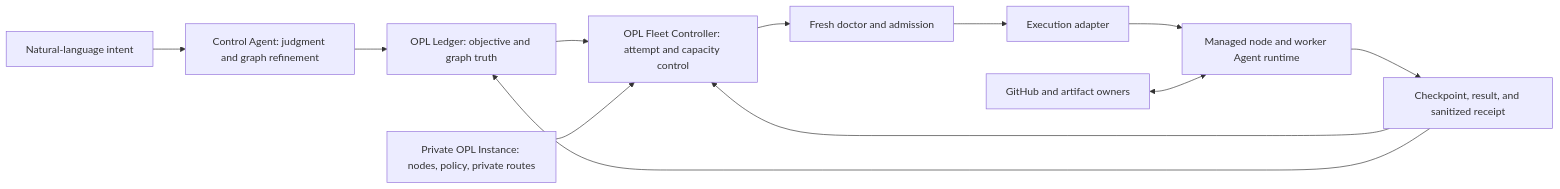
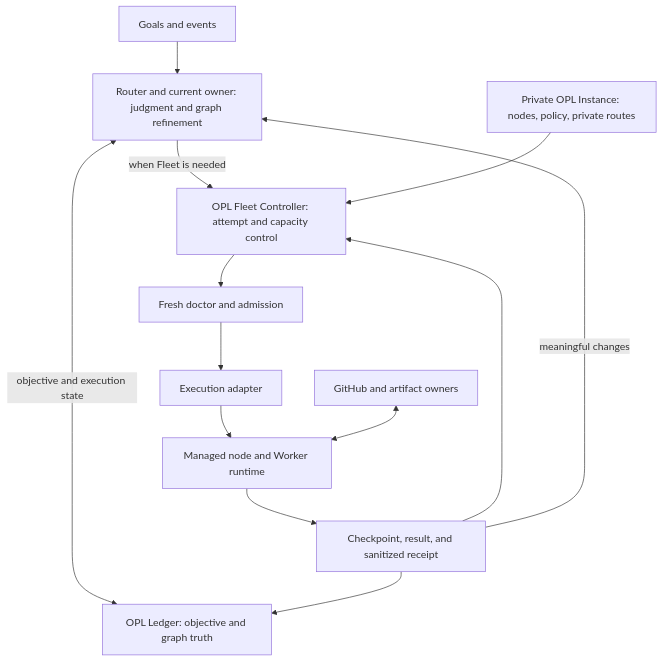
One commit to gaofeng21cn/opl-flow changed the diagram in docs/opl-fleet-architecture.md. Above: the diagram before and after it, drawn with Mermaid. The commit also changed other lines of this file and 7 other files, not shown here.

Commit message:
docs: align Flow coordination diagrams with the whitepaper

````diff
--- a/docs/opl-fleet-architecture.md
+++ b/docs/opl-fleet-architecture.md
@@ -131,14 +131,15 @@
 ```mermaid
-flowchart LR
-    U["Natural-language intent"] --> C["Control Agent: judgment and graph refinement"]
-    C --> L["OPL Ledger: objective and graph truth"]
-    L --> F["OPL Fleet Controller: attempt and capacity control"]
+flowchart TB
+    U["Goals and events"] --> C["Router and current owner: judgment and graph refinement"]
+    C <-->|"objective and execution state"| L["OPL Ledger: objective and graph truth"]
+    C -->|"when Fleet is needed"| F["OPL Fleet Controller: attempt and capacity control"]
     I["Private OPL Instance: nodes, policy, private routes"] --> F
     F --> D["Fresh doctor and admission"]
     D --> X["Execution adapter"]
-    X --> N["Managed node and worker Agent runtime"]
+    X --> N["Managed node and Worker runtime"]
     N --> R["Checkpoint, result, and sanitized receipt"]
     R --> F
     R --> L
+    R -->|"meaningful changes"| C
     G["GitHub and artifact owners"] <--> N
 ```
````
